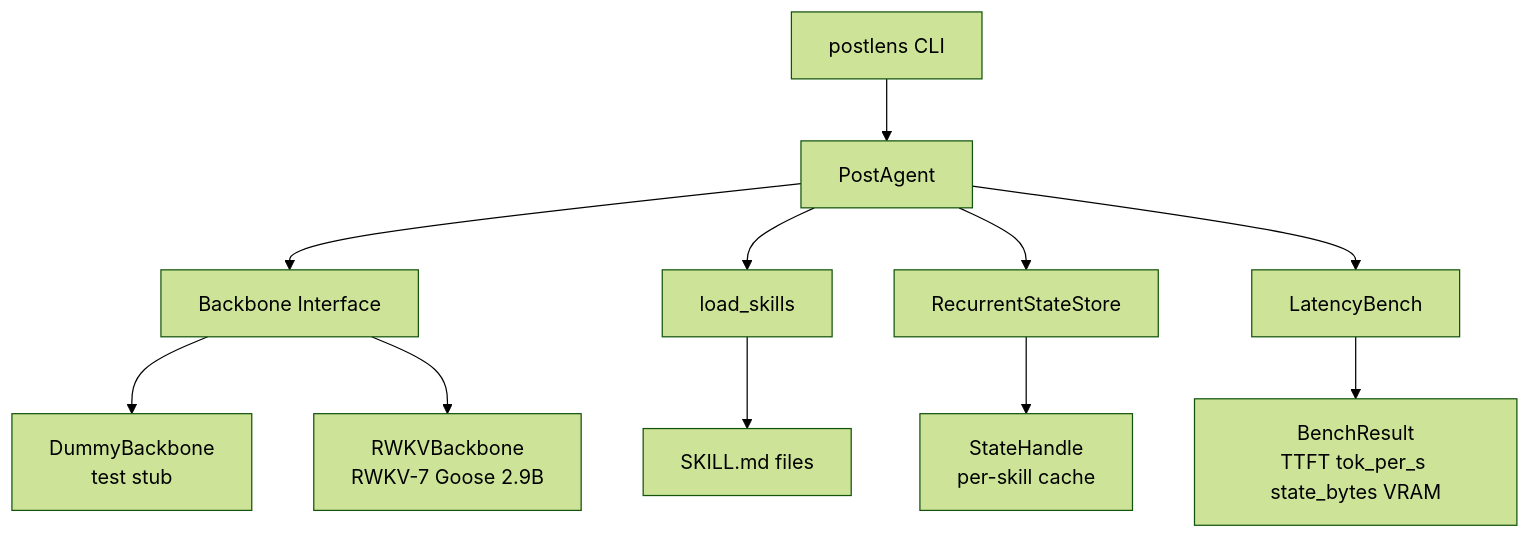
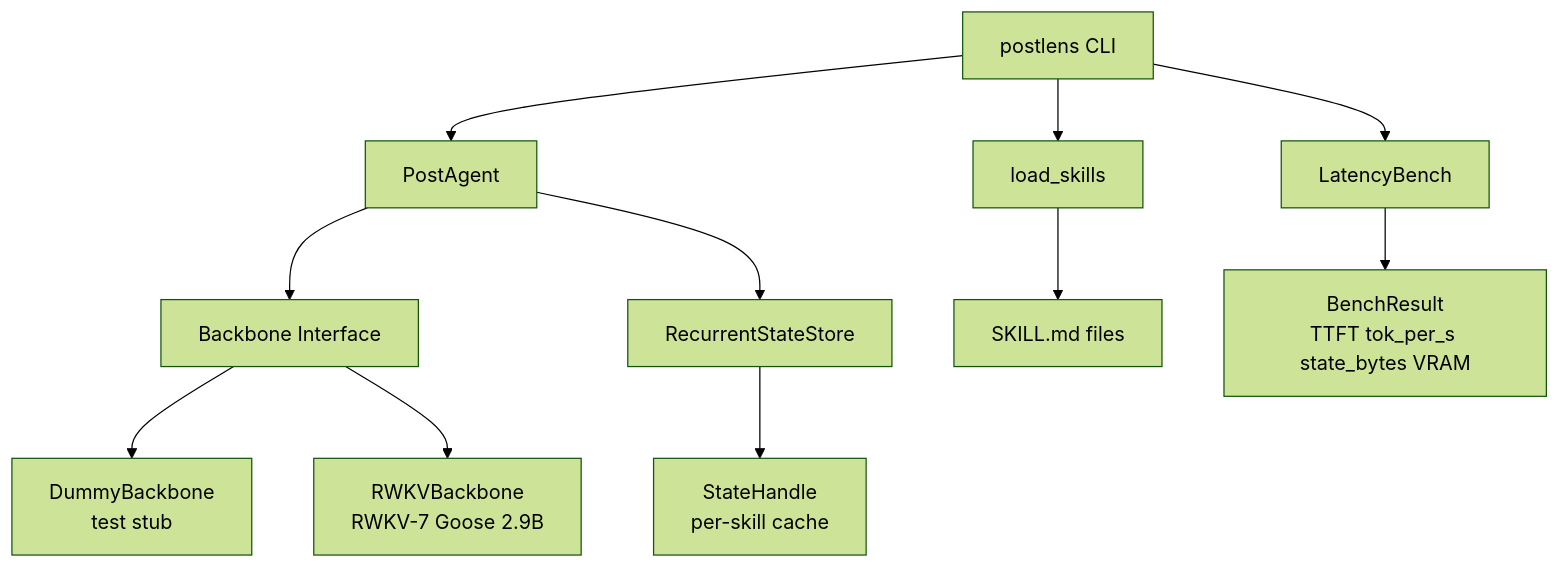
Before and after one commit to hinanohart/postlens: the diagram in README.md, drawn with Mermaid (forest theme).

Commit message:
docs: QA fix (rendering/content)

````diff
--- a/README.md
+++ b/README.md
@@ -14,13 +14,13 @@
 ```mermaid
 flowchart TD
     CLI[postlens CLI] --> PostAgent
+    CLI --> SkillLoader[load_skills]
+    CLI --> LatencyBench[LatencyBench]
     PostAgent --> Backbone[Backbone Interface]
-    PostAgent --> SkillLoader[load_skills]
     PostAgent --> StateStore[RecurrentStateStore]
     Backbone --> DummyBackbone[DummyBackbone<br>test stub]
     Backbone --> RWKVBackbone[RWKVBackbone<br>RWKV-7 Goose 2.9B]
     SkillLoader --> SkillFiles[SKILL.md files]
-    PostAgent --> LatencyBench[LatencyBench]
     LatencyBench --> BenchResult[BenchResult<br>TTFT tok_per_s state_bytes VRAM]
     StateStore --> StateHandle[StateHandle<br>per-skill cache]
 ```
````
